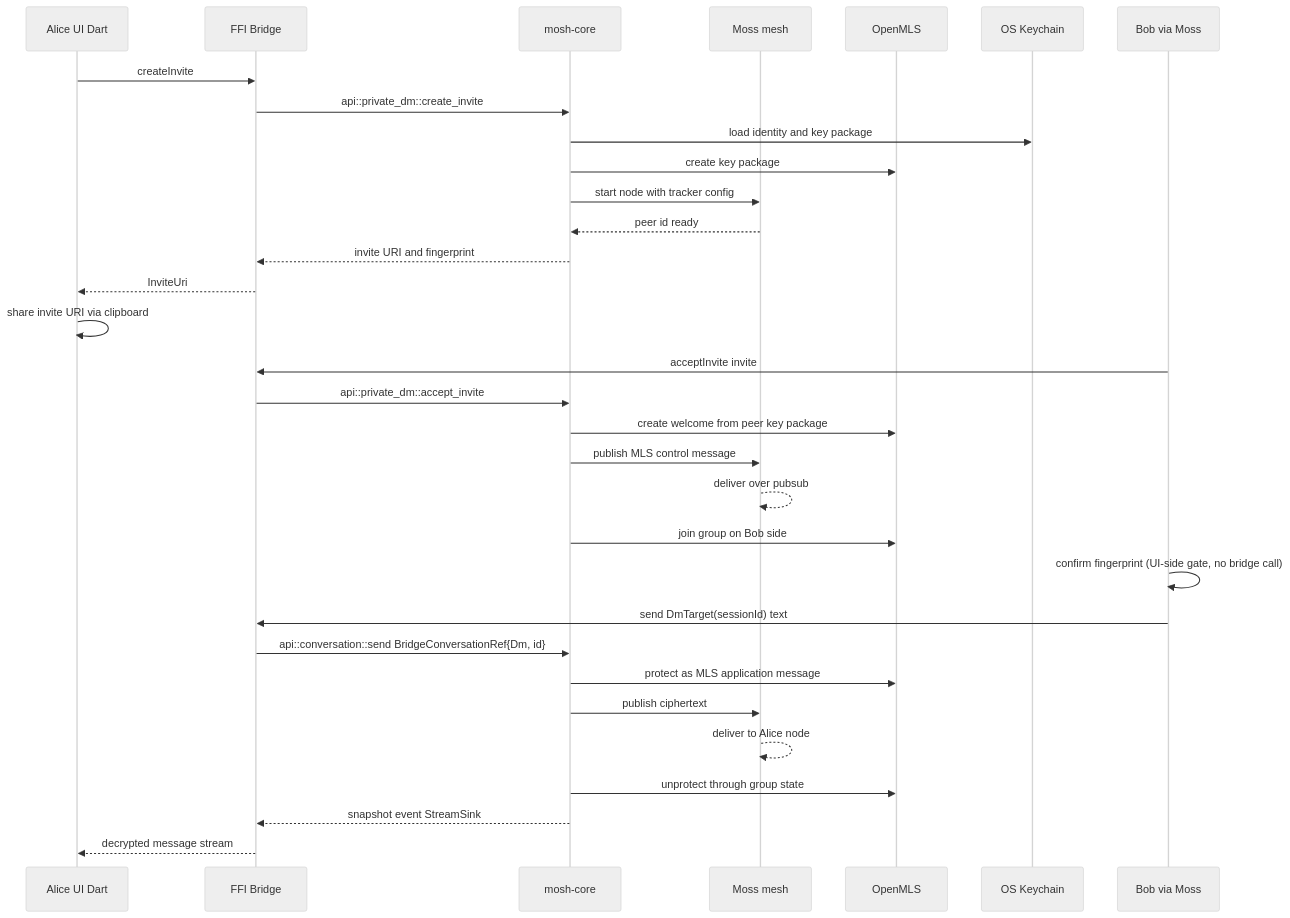
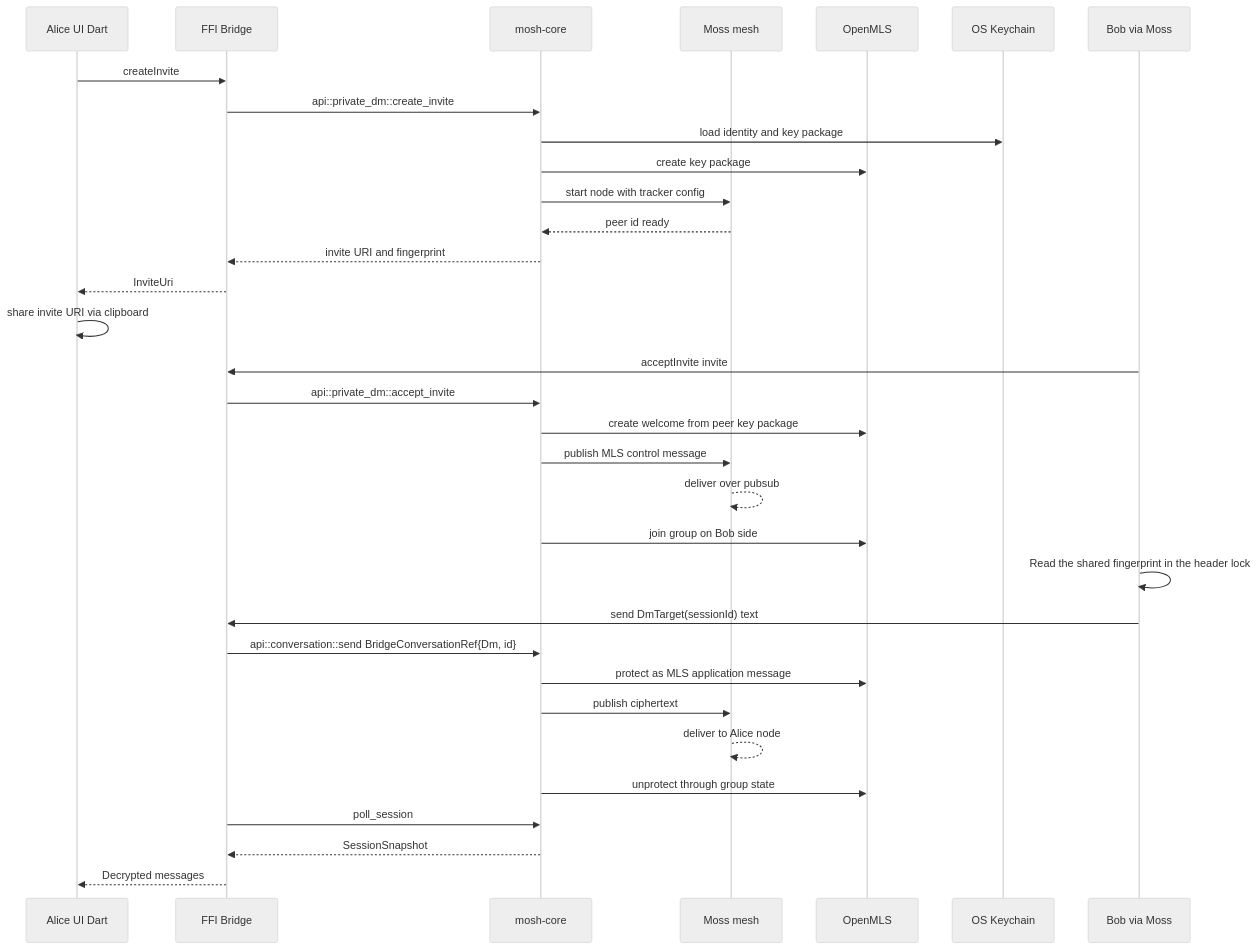
The seventh of 21 diagrams in docs/Architecture.md (redstone-md/mosh-flutter), drawn with Mermaid (neutral theme) before and after one commit. The commit also changed other lines of this file and 30 other files, not shown here.

````diff
--- a/docs/Architecture.md
+++ b/docs/Architecture.md
@@ -197,35 +197,36 @@
 ```mermaid
 sequenceDiagram
     participant Alice as Alice UI Dart
     participant Bridge as FFI Bridge
     participant Core as mosh-core
     participant Moss as Moss mesh
     participant Mls as OpenMLS
     participant Keychain as OS Keychain
     participant Bob as Bob via Moss
 
     Alice->>Bridge: createInvite
     Bridge->>Core: api::private_dm::create_invite
     Core->>Keychain: load identity and key package
     Core->>Mls: create key package
     Core->>Moss: start node with tracker config
     Moss-->>Core: peer id ready
     Core-->>Bridge: invite URI and fingerprint
     Bridge-->>Alice: InviteUri
     Alice->>Alice: share invite URI via clipboard
     Bob->>Bridge: acceptInvite invite
     Bridge->>Core: api::private_dm::accept_invite
     Core->>Mls: create welcome from peer key package
     Core->>Moss: publish MLS control message
     Moss-->>Moss: deliver over pubsub
     Core->>Mls: join group on Bob side
-    Bob->>Bob: confirm fingerprint (UI-side gate, no bridge call)
+    Bob->>Bob: Read the shared fingerprint in the header lock
     Bob->>Bridge: send DmTarget(sessionId) text
     Bridge->>Core: api::conversation::send BridgeConversationRef{Dm, id}
     Core->>Mls: protect as MLS application message
     Core->>Moss: publish ciphertext
     Moss-->>Moss: deliver to Alice node
     Core->>Mls: unprotect through group state
-    Core-->>Bridge: snapshot event StreamSink
-    Bridge-->>Alice: decrypted message stream
+    Bridge->>Core: poll_session
+    Core-->>Bridge: SessionSnapshot
+    Bridge-->>Alice: Decrypted messages
 ```
````
